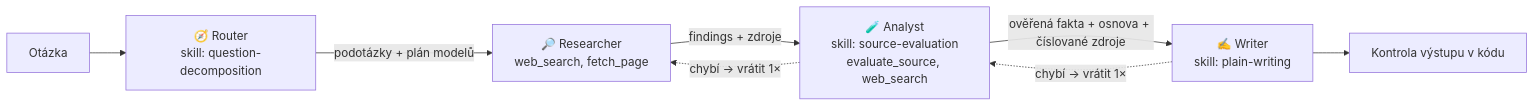
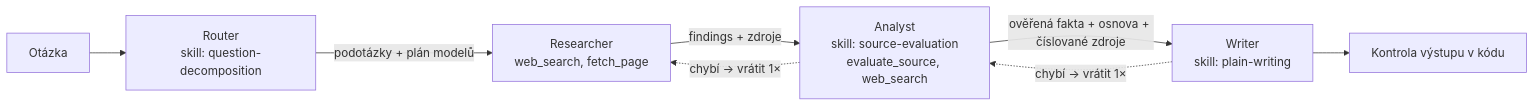
The diagram in README.md (pavelpyt/Search-engine), drawn with Mermaid before and after one commit. The commit also changed other lines of this file and 3 other files, not shown here.

````diff
--- a/README.md
+++ b/README.md
@@ -9,10 +9,10 @@
 ```mermaid
 flowchart LR
-    Q[Otázka] --> R[🧭 Router<br/>skill: question-decomposition]
-    R -- podotázky + plán modelů --> S[🔎 Researcher<br/>web_search, fetch_page]
-    S -- findings + zdroje --> A[🧪 Analyst<br/>skill: source-evaluation<br/>evaluate_source, web_search]
+    Q[Otázka] --> R[Router<br/>skill: question-decomposition]
+    R -- podotázky + plán modelů --> S[Researcher<br/>web_search, fetch_page]
+    S -- findings + zdroje --> A[Analyst<br/>skill: source-evaluation<br/>evaluate_source, web_search]
     A -. chybí → vrátit 1× .-> S
-    A -- ověřená fakta + osnova + číslované zdroje --> W[✍️ Writer<br/>skill: plain-writing]
+    A -- ověřená fakta + osnova + číslované zdroje --> W[Writer<br/>skill: plain-writing]
     W -. chybí → vrátit 1× .-> A
     W --> QC[Kontrola výstupu v kódu]
 ```
````
